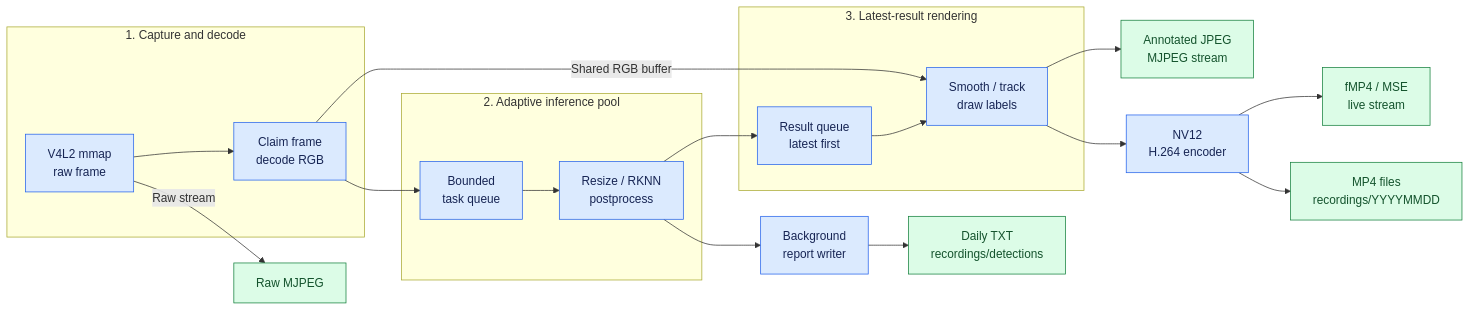
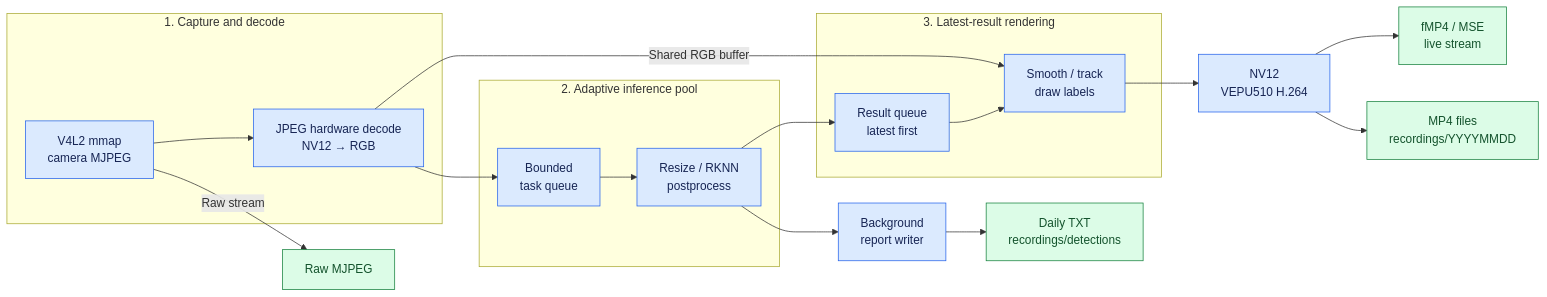
The second of 7 diagrams in README.md (qianruo-orange/autonomous-driving-car), drawn with Mermaid before and after one commit. The commit also changed other lines of this file and 26 other files, not shown here.

Commit message:
Use hardware-only JPEG decoding and MPP H.264 encoding

````diff
--- a/README.md
+++ b/README.md
@@ -38,26 +38,25 @@
 ```mermaid
 flowchart LR
     subgraph Input["1. Capture and decode"]
-        Raw["V4L2 mmap<br/>raw frame"] --> RGB["Claim frame<br/>decode RGB"]
+        Raw["V4L2 mmap<br/>camera MJPEG"] --> RGB["JPEG hardware decode<br/>NV12 → RGB"]
     end
     subgraph Inference["2. Adaptive inference pool"]
         Jobs["Bounded<br/>task queue"] --> NPU["Resize / RKNN<br/>postprocess"]
     end
     subgraph Render["3. Latest-result rendering"]
         Latest["Result queue<br/>latest first"] --> Composer["Smooth / track<br/>draw labels"]
     end
     RGB --> Jobs
     NPU --> Latest
     RGB -->|Shared RGB buffer| Composer
-    Composer --> JPEG["Annotated JPEG<br/>MJPEG stream"]
-    Composer --> Encoder["NV12<br/>H.264 encoder"]
+    Composer --> Encoder["NV12<br/>VEPU510 H.264"]
     Encoder --> Live["fMP4 / MSE<br/>live stream"]
     Encoder --> MP4["MP4 files<br/>recordings/YYYYMMDD"]
     Raw -->|Raw stream| MJPEG["Raw MJPEG"]
     NPU --> Writer["Background<br/>report writer"]
     Writer --> TXT["Daily TXT<br/>recordings/detections"]
     classDef process fill:#dbeafe,stroke:#2563eb,color:#172554
     classDef output fill:#dcfce7,stroke:#15803d,color:#14532d
     class Raw,RGB,Jobs,NPU,Latest,Composer,Encoder,Writer process
-    class JPEG,Live,MP4,MJPEG,TXT output
+    class Live,MP4,MJPEG,TXT output
 ```
````
